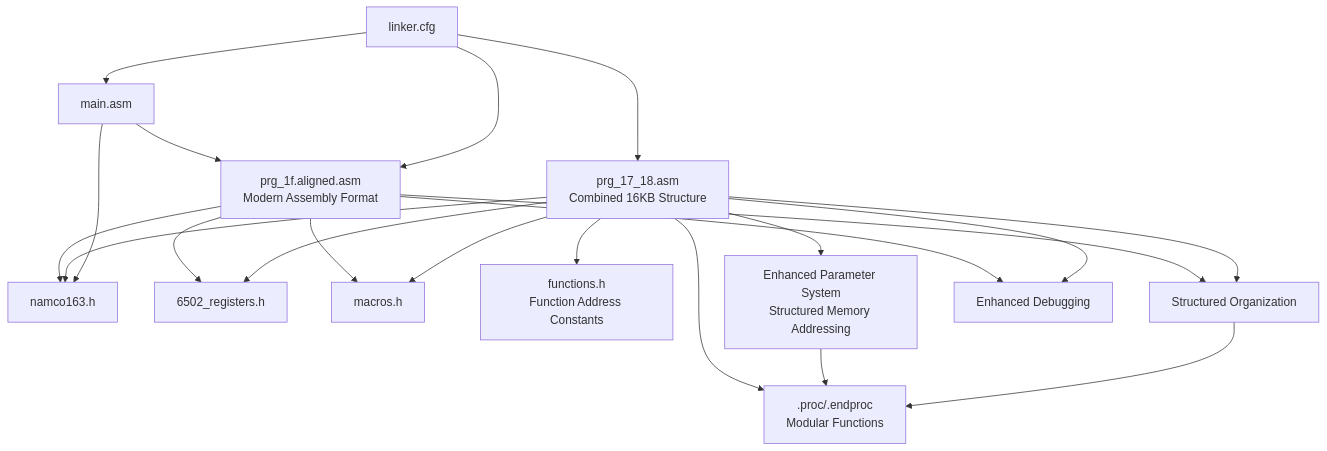
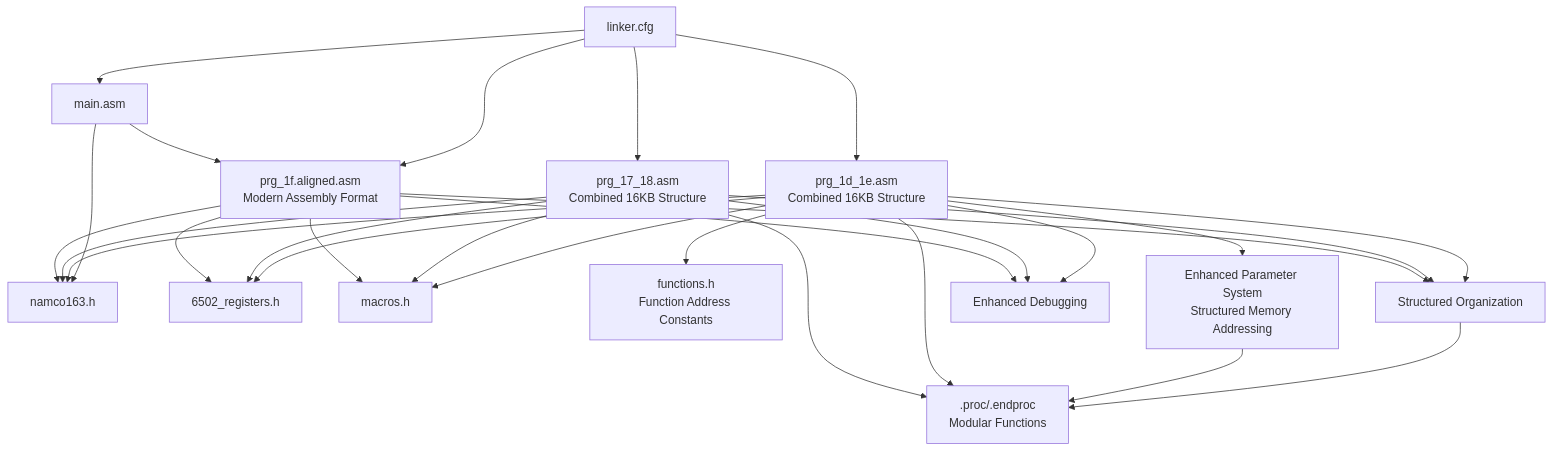
Before and after one commit to rabbyzero/sango2dasm: diagram 11 of 11 in .qoder/repowiki/en/content/Assembly Architecture/Assembly Architecture.md, drawn with Mermaid. The commit also changed other lines of this file and 15 other files, not shown here.

````diff
--- a/.qoder/repowiki/en/content/Assembly Architecture/Assembly Architecture.md
+++ b/.qoder/repowiki/en/content/Assembly Architecture/Assembly Architecture.md
@@ -625,23 +760,30 @@
 ```mermaid
 graph TB
 ALIGNED["prg_1f.aligned.asm<br/>Modern Assembly Format"] --> NAMCO["namco163.h"]
 ALIGNED --> REGS["6502_registers.h"]
 ALIGNED --> MACROS["macros.h"]
-COMBINED["prg_17_18.asm<br/>Combined 16KB Structure"] --> NAMCO
-COMBINED --> REGS
-COMBINED --> MACROS
-COMBINED --> FUNCTIONS["functions.h<br/>Function Address Constants"]
-COMBINED --> PARAMSYS["Enhanced Parameter System<br/>Structured Memory Addressing"]
+COMBINED17_18["prg_17_18.asm<br/>Combined 16KB Structure"] --> NAMCO
+COMBINED17_18 --> REGS
+COMBINED17_18 --> MACROS
+COMBINED1D_1E["prg_1d_1e.asm<br/>Combined 16KB Structure"] --> NAMCO
+COMBINED1D_1E --> REGS
+COMBINED1D_1E --> MACROS
+COMBINED1D_1E --> FUNCTIONS["functions.h<br/>Function Address Constants"]
+COMBINED1D_1E --> PARAMSYS["Enhanced Parameter System<br/>Structured Memory Addressing"]
 MAIN["main.asm"] --> ALIGNED
 MAIN --> NAMCO
 LCFG["linker.cfg"] --> ALIGNED
-LCFG --> COMBINED
+LCFG --> COMBINED17_18
+LCFG --> COMBINED1D_1E
 LCFG --> MAIN
 ALIGNED --> STRUCT["Structured Organization"]
-COMBINED --> STRUCT
+COMBINED17_18 --> STRUCT
+COMBINED1D_1E --> STRUCT
 ALIGNED --> DEBUG["Enhanced Debugging"]
-COMBINED --> DEBUG
-COMBINED --> PROC[".proc/.endproc<br/>Modular Functions"]
+COMBINED17_18 --> DEBUG
+COMBINED1D_1E --> DEBUG
+COMBINED17_18 --> PROC[".proc/.endproc<br/>Modular Functions"]
+COMBINED1D_1E --> PROC
 PARAMSYS --> PROC
 STRUCT --> PROC
 ```
````
